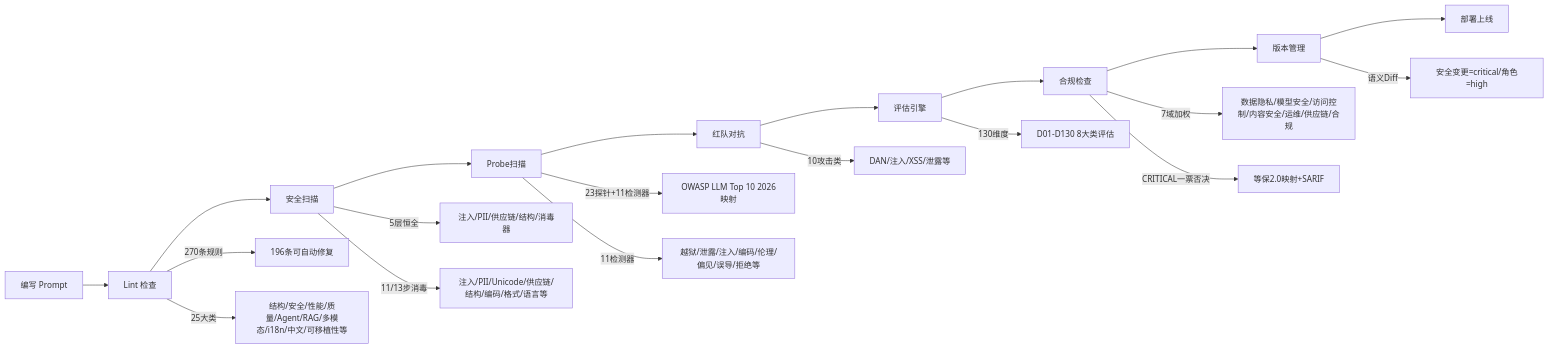
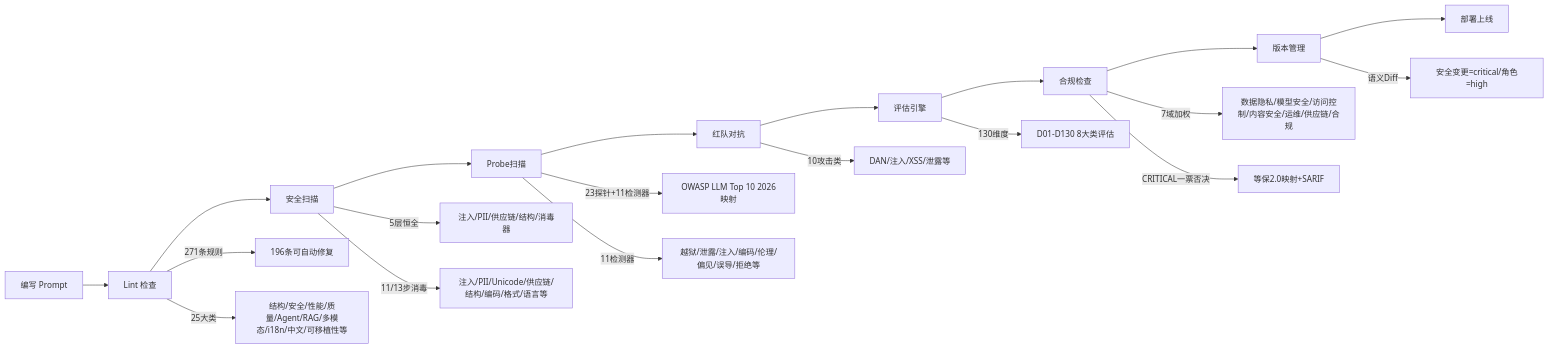
One commit to wqbcs/ai-prompt-toolkit changed the first of 2 diagrams in README.md. Above: the diagram before and after it, drawn with Mermaid. The commit also changed other lines of this file and 294 other files, not shown here.

````diff
--- a/README.md
+++ b/README.md
@@ -431,23 +431,23 @@
 ```mermaid
 graph LR
     A[编写 Prompt] --> B[Lint 检查]
     B --> C[安全扫描]
     C --> D[Probe扫描]
     D --> E[红队对抗]
     E --> F[评估引擎]
     F --> G[合规检查]
     G --> H[版本管理]
     H --> I[部署上线]
 
-    B -->|270条规则| B1[196条可自动修复]
+    B -->|271条规则| B1[196条可自动修复]
     B -->|25大类| B2[结构/安全/性能/质量/Agent/RAG/多模态/i18n/中文/可移植性等]
     C -->|5层恒全| C1[注入/PII/供应链/结构/消毒器]
     C -->|11/13步消毒| C2[注入/PII/Unicode/供应链/结构/编码/格式/语言等]
     D -->|23探针+11检测器| D1[OWASP LLM Top 10 2026映射]
     D -->|11检测器| D2[越狱/泄露/注入/编码/伦理/偏见/误导/拒绝等]
     E -->|10攻击类| E1[DAN/注入/XSS/泄露等]
     F -->|130维度| F1[D01-D130 8大类评估]
     G -->|7域加权| G1[数据隐私/模型安全/访问控制/内容安全/运维/供应链/合规]
     G -->|CRITICAL一票否决| G2[等保2.0映射+SARIF]
     H -->|语义Diff| H1[安全变更=critical/角色=high]
 ```
````
